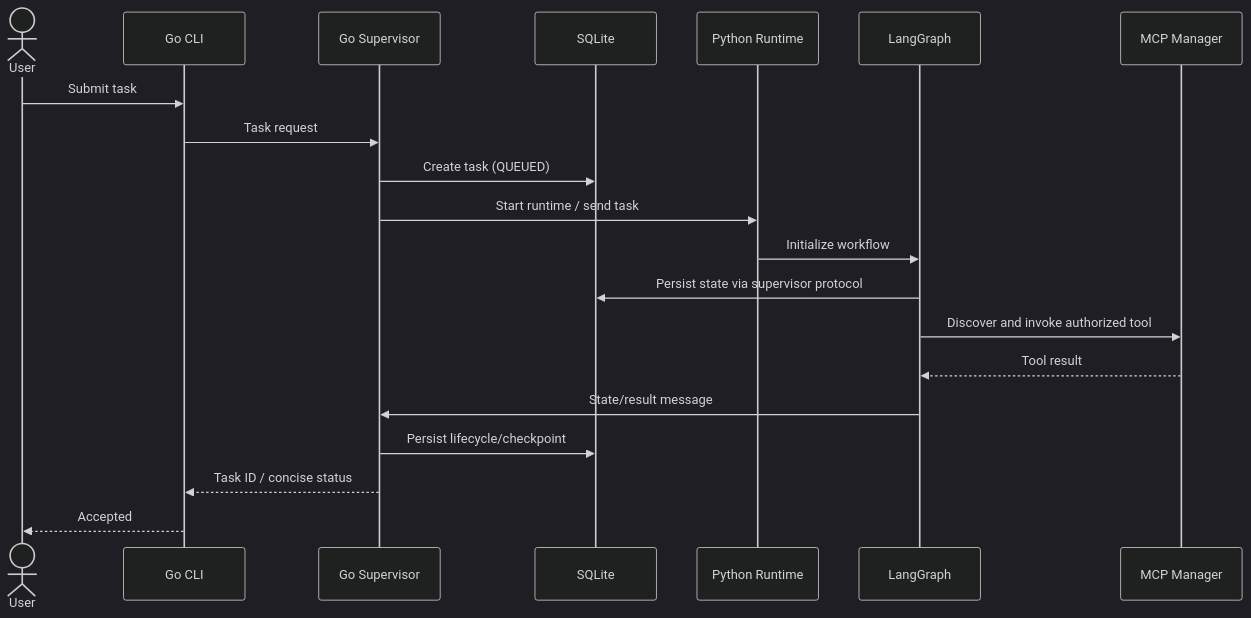
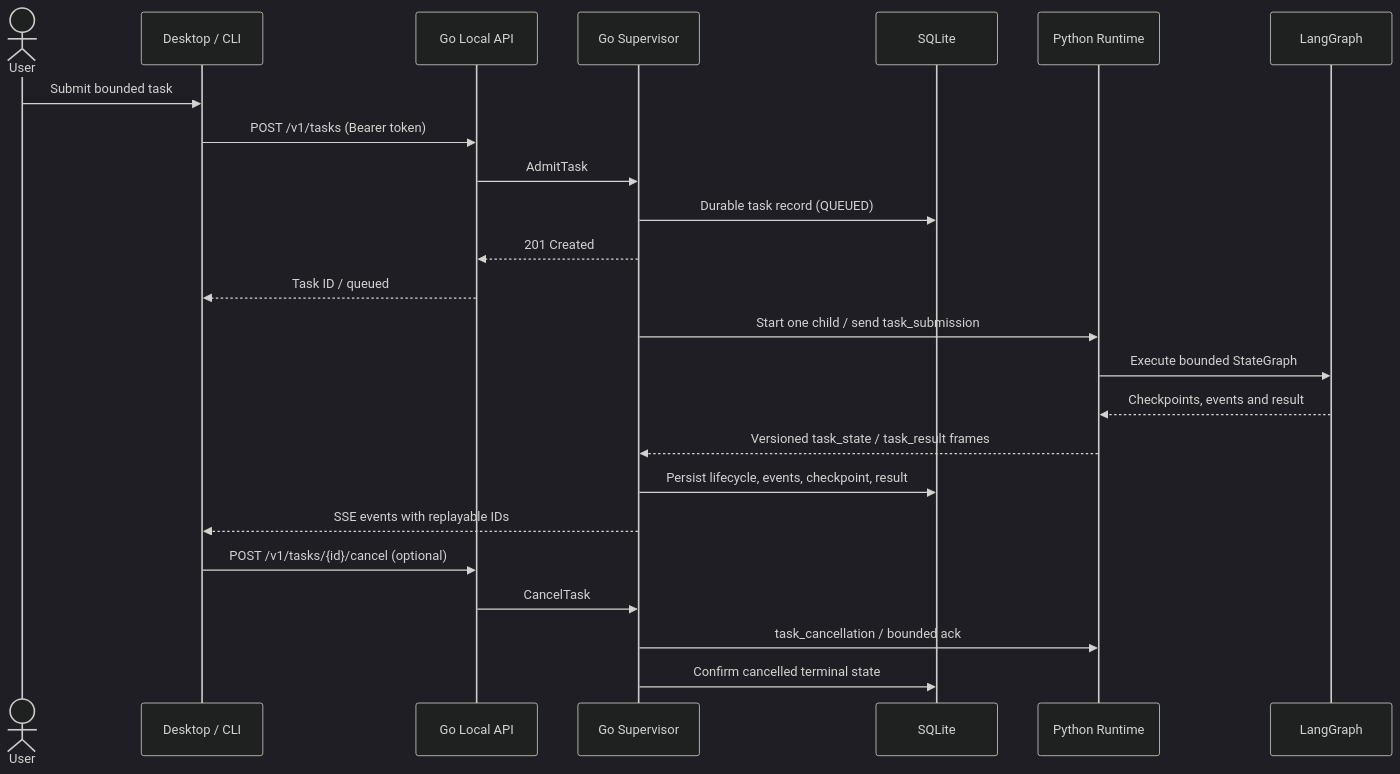
One commit to ANUBprad/crane changed the second of 2 diagrams in ARCHITECTURE.md. Above: the diagram before and after it, drawn with Mermaid (dark theme). The commit also changed other lines of this file and 24 other files, not shown here.

First line of the commit message:
feat: implement durable task execution path

````diff
--- a/ARCHITECTURE.md
+++ b/ARCHITECTURE.md
@@ -194,23 +199,27 @@
 ```mermaid
 sequenceDiagram
     actor User
-    participant CLI as Go CLI
+    participant Client as Desktop / CLI
+    participant API as Go Local API
     participant Sup as Go Supervisor
     participant DB as SQLite
     participant Py as Python Runtime
     participant Graph as LangGraph
-    participant MCP as MCP Manager
 
-    User->>CLI: Submit task
-    CLI->>Sup: Task request
-    Sup->>DB: Create task (QUEUED)
-    Sup->>Py: Start runtime / send task
-    Py->>Graph: Initialize workflow
-    Graph->>DB: Persist state via supervisor protocol
-    Graph->>MCP: Discover and invoke authorized tool
-    MCP-->>Graph: Tool result
-    Graph->>Sup: State/result message
-    Sup->>DB: Persist lifecycle/checkpoint
-    Sup-->>CLI: Task ID / concise status
-    CLI-->>User: Accepted
+    User->>Client: Submit bounded task
+    Client->>API: POST /v1/tasks (Bearer token)
+    API->>Sup: AdmitTask
+    Sup->>DB: Durable task record (QUEUED)
+    Sup-->>API: 201 Created
+    API-->>Client: Task ID / queued
+    Sup->>Py: Start one child / send task_submission
+    Py->>Graph: Execute bounded StateGraph
+    Graph-->>Py: Checkpoints, events and result
+    Py-->>Sup: Versioned task_state / task_result frames
+    Sup->>DB: Persist lifecycle, events, checkpoint, result
+    Sup-->>Client: SSE events with replayable IDs
+    Client->>API: POST /v1/tasks/{id}/cancel (optional)
+    API->>Sup: CancelTask
+    Sup->>Py: task_cancellation / bounded ack
+    Sup->>DB: Confirm cancelled terminal state
 ```
````
